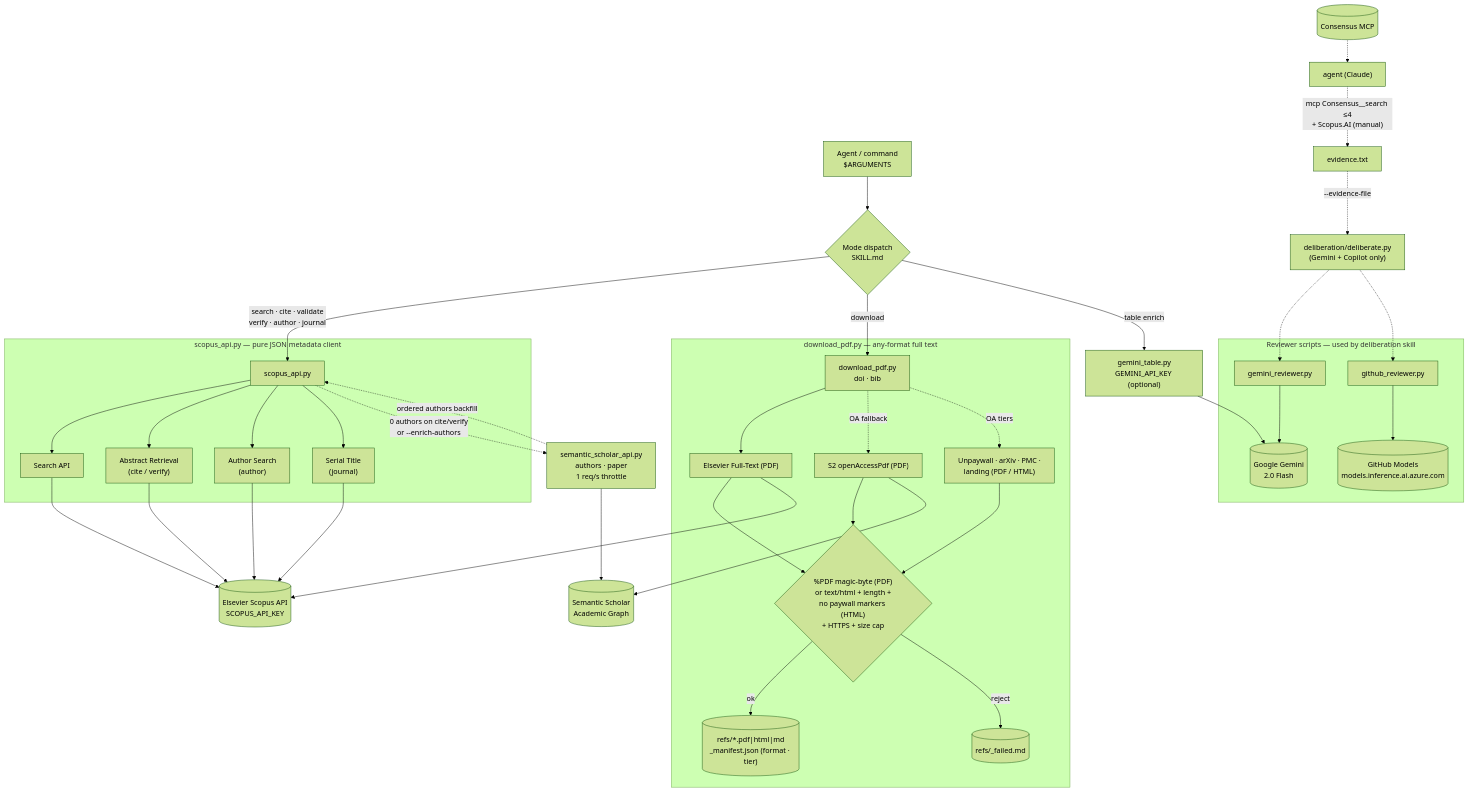
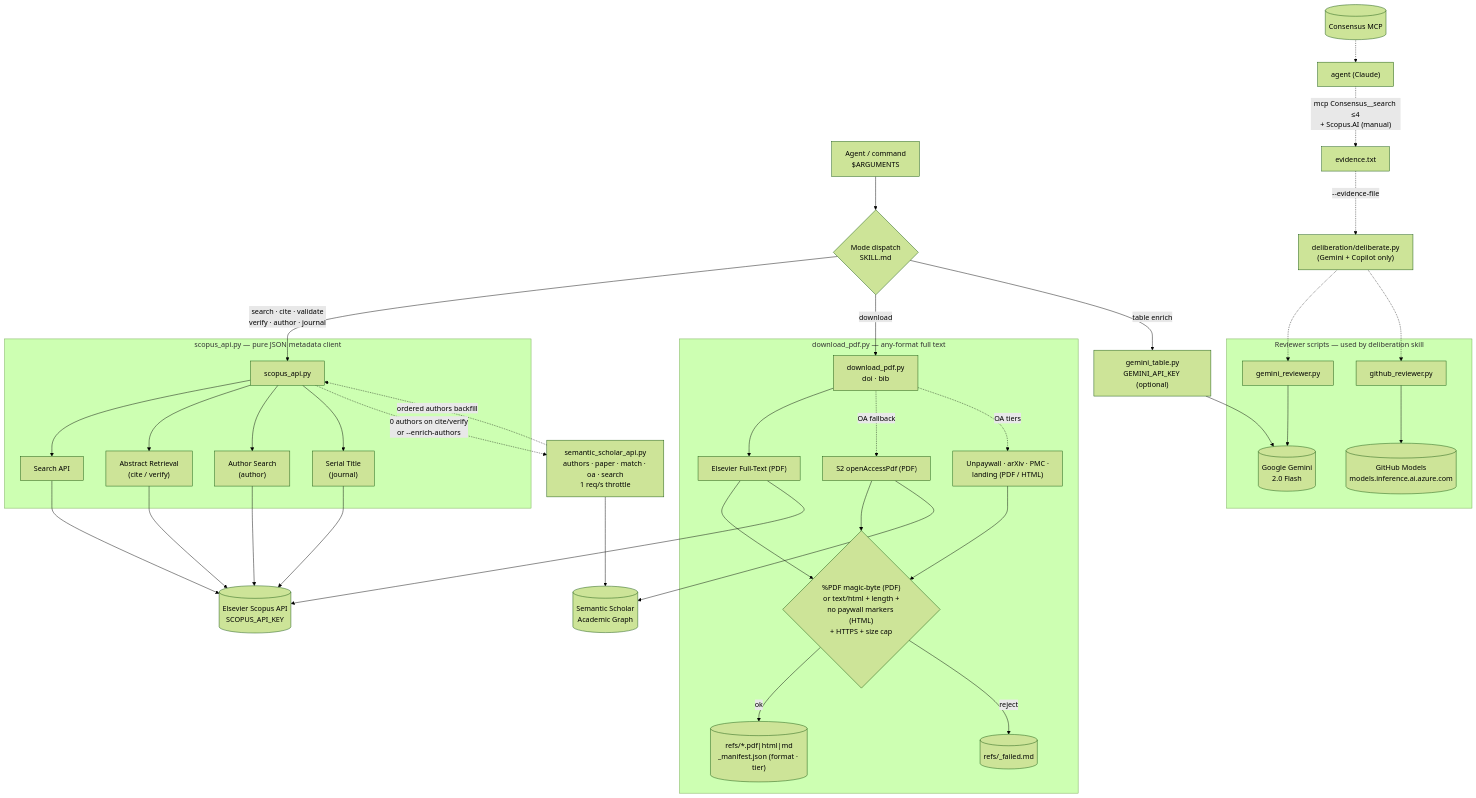
Before and after one commit to LARi-UQAC/ResearchTools: the third of 8 diagrams in Architecture.md, drawn with Mermaid (forest theme). The commit also changed other lines of this file and 2 other files, not shown here.

Commit message:
docs: name the Semantic Scholar search mode in the manual and Architecture.md

````diff
--- a/Architecture.md
+++ b/Architecture.md
@@ -226,51 +226,51 @@
 ```mermaid
 flowchart TD
   AG["Agent / command<br/>$ARGUMENTS"] --> DISP{"Mode dispatch<br/>SKILL.md"}
 
   DISP -->|"search · cite · validate<br/>verify · author · journal"| API
   DISP -->|"download"| DL
   DISP -->|"table enrich"| GT
 
   subgraph S["scopus_api.py — pure JSON metadata client"]
     API["scopus_api.py"]
     API --> EP1["Search API"]
     API --> EP2["Abstract Retrieval<br/>(cite / verify)"]
     API --> EP3["Author Search<br/>(author)"]
     API --> EP4["Serial Title<br/>(journal)"]
   end
 
   EP1 --> ELS[("Elsevier Scopus API<br/>SCOPUS_API_KEY")]
   EP2 --> ELS
   EP3 --> ELS
   EP4 --> ELS
 
   API -.->|"0 authors on cite/verify<br/>or --enrich-authors"| S2
-  S2["semantic_scholar_api.py<br/>authors · paper<br/>1 req/s throttle"] --> S2EP[("Semantic Scholar<br/>Academic Graph")]
+  S2["semantic_scholar_api.py<br/>authors · paper · match · oa · search<br/>1 req/s throttle"] --> S2EP[("Semantic Scholar<br/>Academic Graph")]
   S2 -.->|"ordered authors backfill"| API
 
   subgraph D["download_pdf.py — any-format full text"]
     DL["download_pdf.py<br/>doi · bib"]
     DL --> DLE["Elsevier Full-Text (PDF)"]
     DL -.->|"OA fallback"| DLS["S2 openAccessPdf (PDF)"]
     DL -.->|"OA tiers"| DLO["Unpaywall · arXiv · PMC ·<br/>landing (PDF / HTML)"]
     DLE --> CHK{"%PDF magic-byte (PDF)<br/>or text/html + length +<br/>no paywall markers (HTML)<br/>+ HTTPS + size cap"}
     DLS --> CHK
     DLO --> CHK
     CHK -->|"ok"| REFS[("refs/*.pdf|html|md<br/>_manifest.json (format · tier)")]
     CHK -->|"reject"| FAIL[("refs/_failed.md")]
   end
   DLE --> ELS
   DLS --> S2EP
 
   GT["gemini_table.py<br/>GEMINI_API_KEY (optional)"] --> GEM[("Google Gemini<br/>2.0 Flash")]
 
   subgraph R["Reviewer scripts — used by deliberation skill"]
     GR["gemini_reviewer.py"] --> GEM
     HR["github_reviewer.py"] --> GH[("GitHub Models<br/>models.inference.ai.azure.com")]
   end
   DELIB["deliberation/deliberate.py<br/>(Gemini + Copilot only)"] -.-> GR
   DELIB -.-> HR
   AGT["agent (Claude)"] -.->|"mcp Consensus__search ≤4<br/>+ Scopus.AI (manual)"| EV["evidence.txt"]
   EV -.->|"--evidence-file"| DELIB
   CONS[("Consensus MCP")] -.-> AGT
 ```
````
